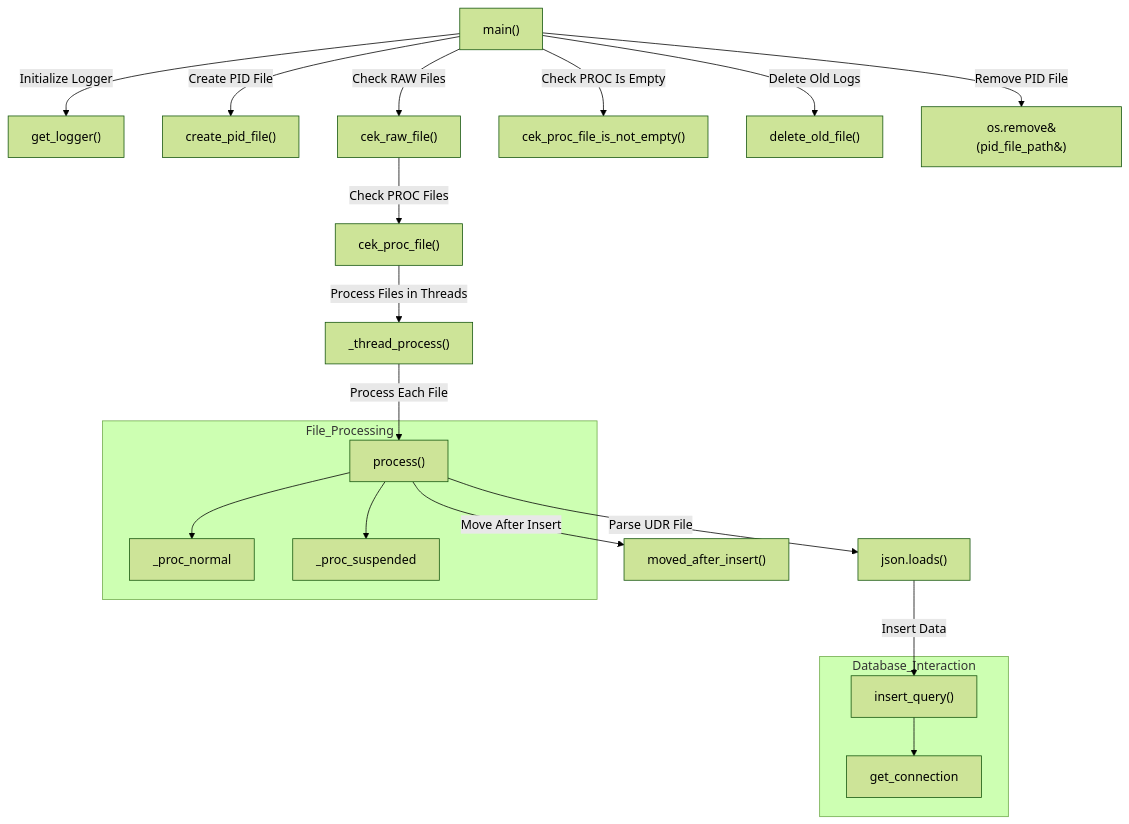
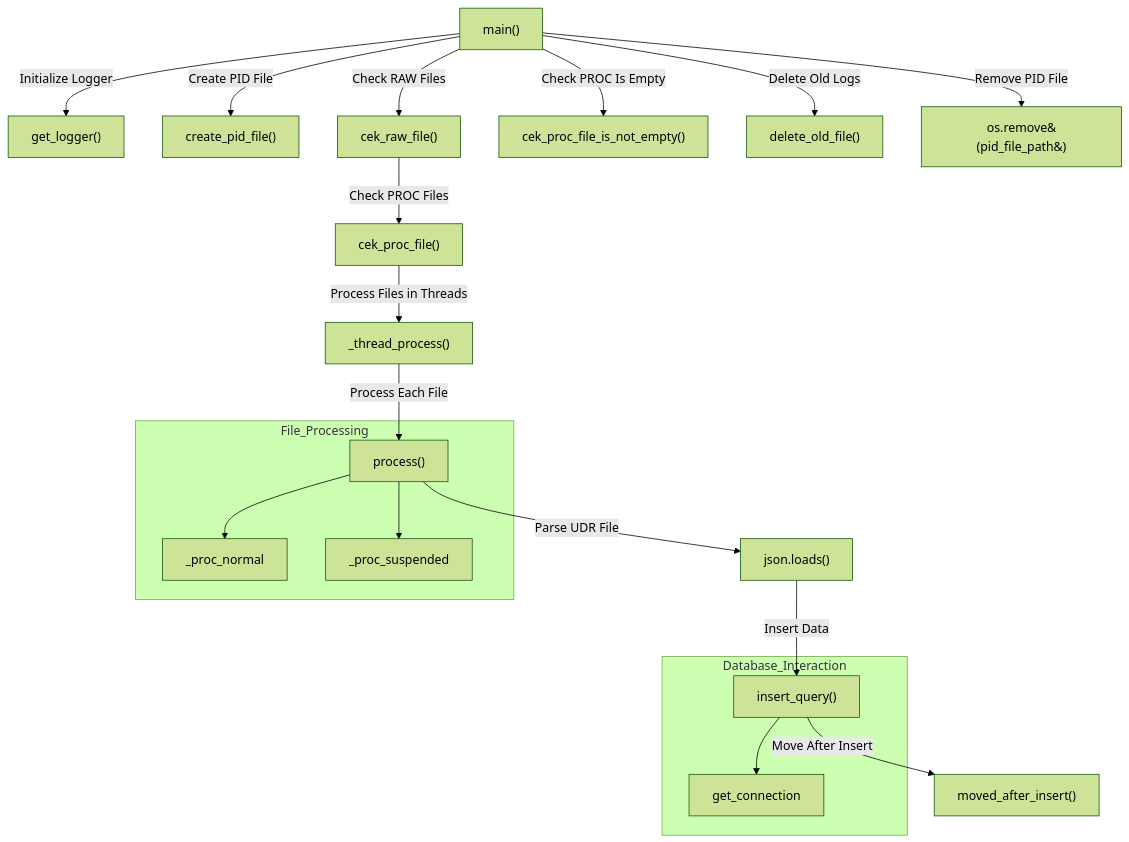
The second of 2 diagrams in UDR/parsing_readme.md (maulanaady/psn), drawn with Mermaid (forest theme) before and after one commit.

Commit message:
update readme file

````diff
--- a/UDR/parsing_readme.md
+++ b/UDR/parsing_readme.md
@@ -155,26 +155,26 @@
 ```mermaid
 graph TD;
     A[main#40;#41;] -->|Initialize Logger| B[get_logger#40;#41;];
     A -->|Create PID File| C[create_pid_file#40;#41;];
     A -->|Check RAW Files| D[cek_raw_file#40;#41;];
     D -->|Check PROC Files| E[cek_proc_file#40;#41;];
     E -->|Process Files in Threads| F[_thread_process#40;#41;];
     F -->|Process Each File| G[process#40;#41;];
 
     G -->|Parse UDR File| H[json.loads#40;#41;];
     H -->|Insert Data| I[insert_query#40;#41;];    
-    G -->|Move After Insert| J[moved_after_insert#40;#41;];
+    I -->|Move After Insert| J[moved_after_insert#40;#41;];
 
     A -->|Check PROC Is Empty| K[cek_proc_file_is_not_empty#40;#41;];
     A -->|Delete Old Logs| L[delete_old_file#40;#41;];
     A -->|Remove PID File| M[os.remove&#40;pid_file_path&#41;];
 
     subgraph File_Processing;
         G --> _proc_normal;
         G --> _proc_suspended;
     end;
 
     subgraph Database_Interaction;
         I --> get_connection;
     end;
 ```
````
